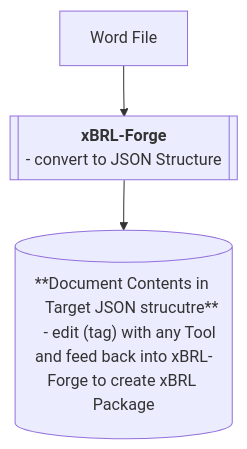
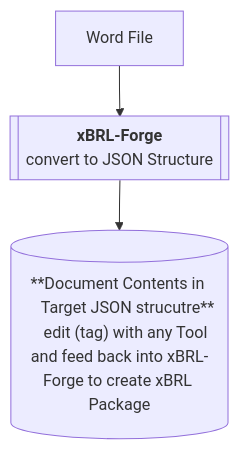
Before and after one commit to ncerutti/xBRL-Forge: the second of 2 diagrams in README.md, drawn with Mermaid. The commit also changed other lines of this file and 1 other file, not shown here.

Commit message:
Fixed Mermaid List #59

````diff
--- a/README.md
+++ b/README.md
@@ -49,11 +49,11 @@
 ```mermaid
 flowchart TD
     docx[Word File]
     docx --> forge
     forge[["`**xBRL-Forge**
-    - convert to JSON Structure`"]]
+    convert to JSON Structure`"]]
     forge --> json1
     json1[("**Document Contents in 
     Target JSON strucutre**
-    - edit (tag) with any Tool and feed back into xBRL-Forge to create xBRL Package")]
+    edit (tag) with any Tool and feed back into xBRL-Forge to create xBRL Package")]
 ```
````
